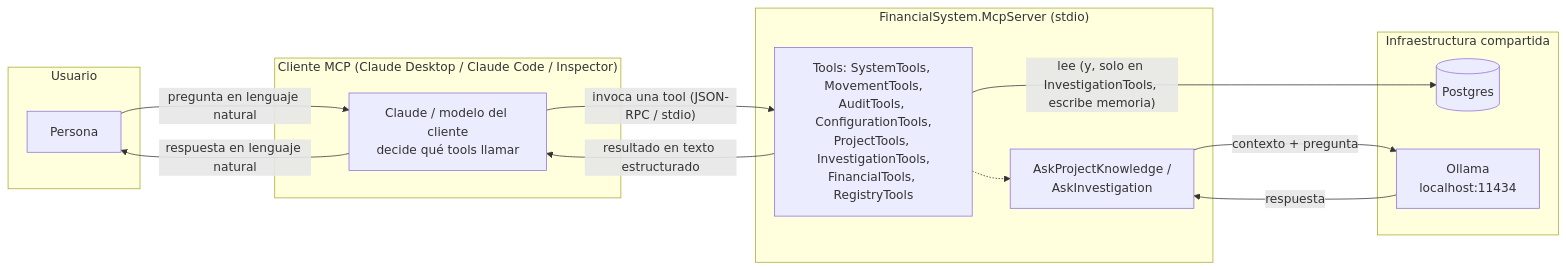
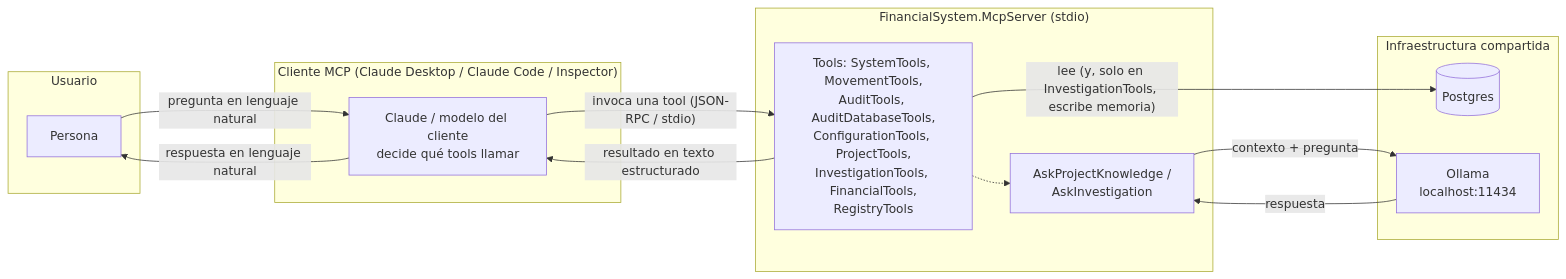
Before and after one commit to facunav/FinancialSystem: the diagram in docs/UserGuide/McpUserGuide.md, drawn with Mermaid. The commit also changed other lines of this file and 1 other file, not shown here.

````diff
--- a/docs/UserGuide/McpUserGuide.md
+++ b/docs/UserGuide/McpUserGuide.md
@@ -280,30 +280,30 @@
 ```mermaid
 flowchart LR
     subgraph Usuario
         U[Persona]
     end
 
     subgraph Cliente["Cliente MCP (Claude Desktop / Claude Code / Inspector)"]
         C[Claude / modelo del cliente<br/>decide qué tools llamar]
     end
 
     subgraph MCP["FinancialSystem.McpServer (stdio)"]
-        T[Tools: SystemTools, MovementTools,<br/>AuditTools, ConfigurationTools,<br/>ProjectTools, InvestigationTools,<br/>FinancialTools, RegistryTools]
+        T[Tools: SystemTools, MovementTools,<br/>AuditTools, AuditDatabaseTools,<br/>ConfigurationTools, ProjectTools,<br/>InvestigationTools, FinancialTools,<br/>RegistryTools]
         O[AskProjectKnowledge /<br/>AskInvestigation]
     end
 
     subgraph Infra["Infraestructura compartida"]
         DB[(Postgres)]
         AI[Ollama<br/>localhost:11434]
     end
 
     U -- "pregunta en lenguaje natural" --> C
     C -- "invoca una tool (JSON-RPC / stdio)" --> T
     T -- "resultado en texto estructurado" --> C
     C -- "respuesta en lenguaje natural" --> U
 
     T -- "lee (y, solo en InvestigationTools, escribe memoria)" --> DB
     T -.-> O
     O -- "contexto + pregunta" --> AI
     AI -- "respuesta" --> O
 ```
````
